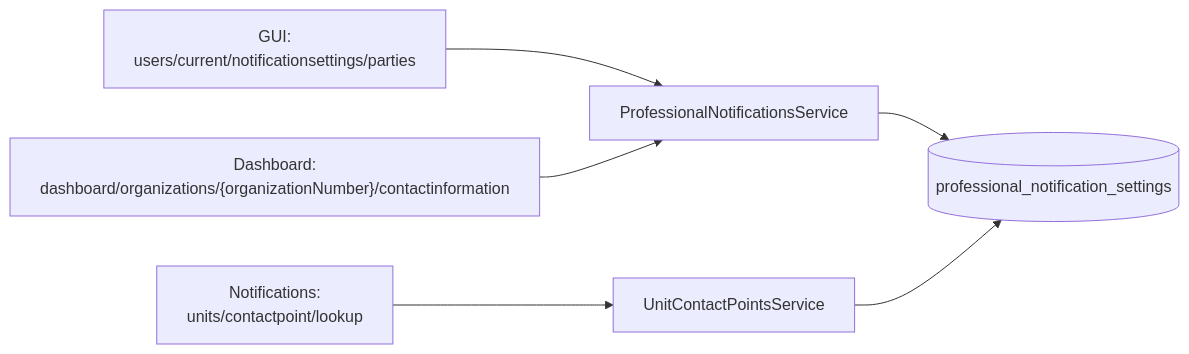
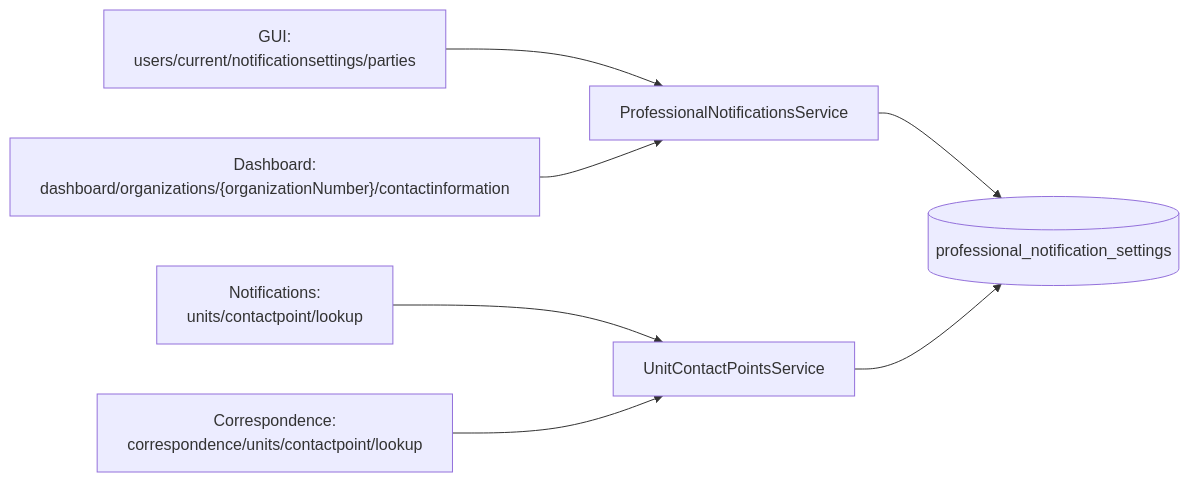
The second of 3 diagrams in docs/data-access-map.md (Altinn/altinn-profile), drawn with Mermaid before and after one commit. The commit also changed other lines of this file, not shown here.

````diff
--- a/docs/data-access-map.md
+++ b/docs/data-access-map.md
@@ -44,8 +47,9 @@
 ```mermaid
 graph LR
     GUI["GUI:<br/>users/current/notificationsettings/parties"] --> S2[ProfessionalNotificationsService]
     Notif["Notifications:<br/>units/contactpoint/lookup"] --> S4[UnitContactPointsService]
+    Corr["Correspondence:<br/>correspondence/units/contactpoint/lookup"] --> S4[UnitContactPointsService]
     Dash["Dashboard:<br/>dashboard/organizations/{organizationNumber}/contactinformation"] --> S2
     S2 --> T2[(professional_notification_settings)]
     S4 --> T2
 ```
````
